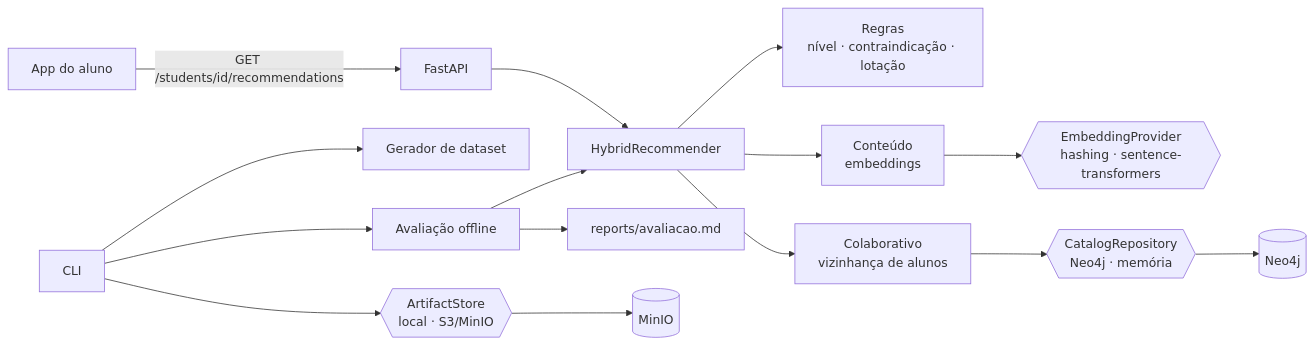
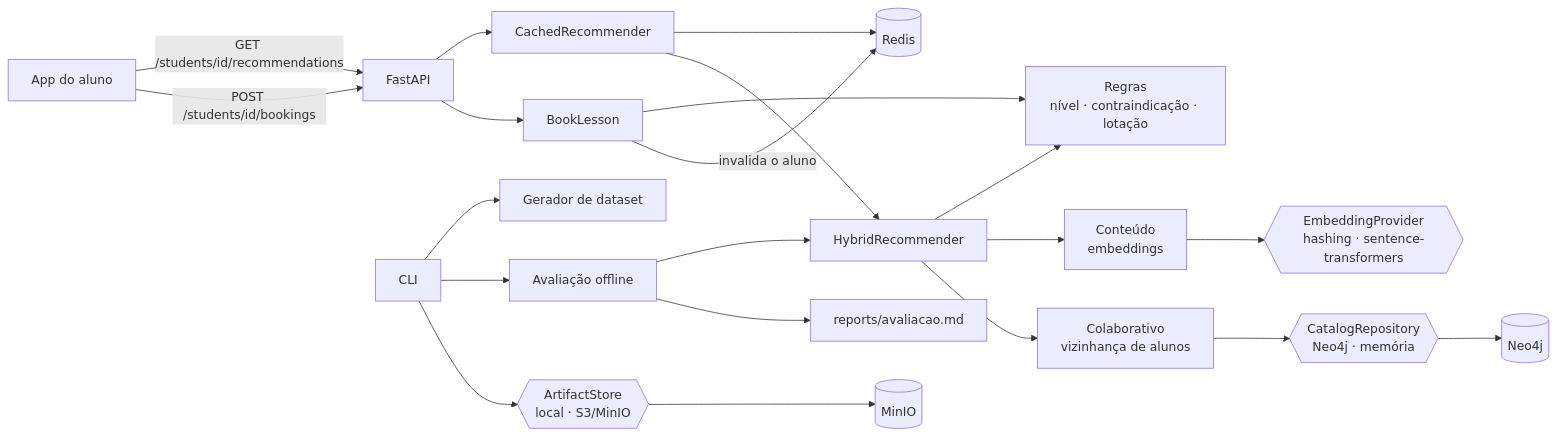
One commit to JohnnyMatteus/lesson-recommender changed the diagram in README.md. Above: the diagram before and after it, drawn with Mermaid. The commit also changed other lines of this file and 1 other file, not shown here.

Commit message:
docs: padrões e SOLID com trechos reais, cache e reservas no README

````diff
--- a/README.md
+++ b/README.md
@@ -39,17 +39,23 @@
 ```mermaid
 flowchart LR
   APP[App do aluno] -->|GET /students/id/recommendations| API[FastAPI]
-  API --> HYB[HybridRecommender]
+  APP -->|POST /students/id/bookings| API
+  API --> CACHE[CachedRecommender]
+  CACHE --> REDIS[(Redis)]
+  CACHE --> HYB[HybridRecommender]
+  API --> BOOK[BookLesson]
+  BOOK --> RULES
+  BOOK -->|invalida o aluno| REDIS
   HYB --> RULES[Regras<br/>nível · contraindicação · lotação]
   HYB --> CONTENT[Conteúdo<br/>embeddings]
   HYB --> COLLAB[Colaborativo<br/>vizinhança de alunos]
   CONTENT --> EMB{{EmbeddingProvider<br/>hashing · sentence-transformers}}
   COLLAB --> REPO{{CatalogRepository<br/>Neo4j · memória}}
   REPO --> NEO[(Neo4j)]
   CLI[CLI] --> GEN[Gerador de dataset]
   CLI --> EVAL[Avaliação offline]
   EVAL --> HYB
   EVAL --> REPORT[reports/avaliacao.md]
   CLI --> STORE{{ArtifactStore<br/>local · S3/MinIO}}
   STORE --> MINIO[(MinIO)]
 ```
````
